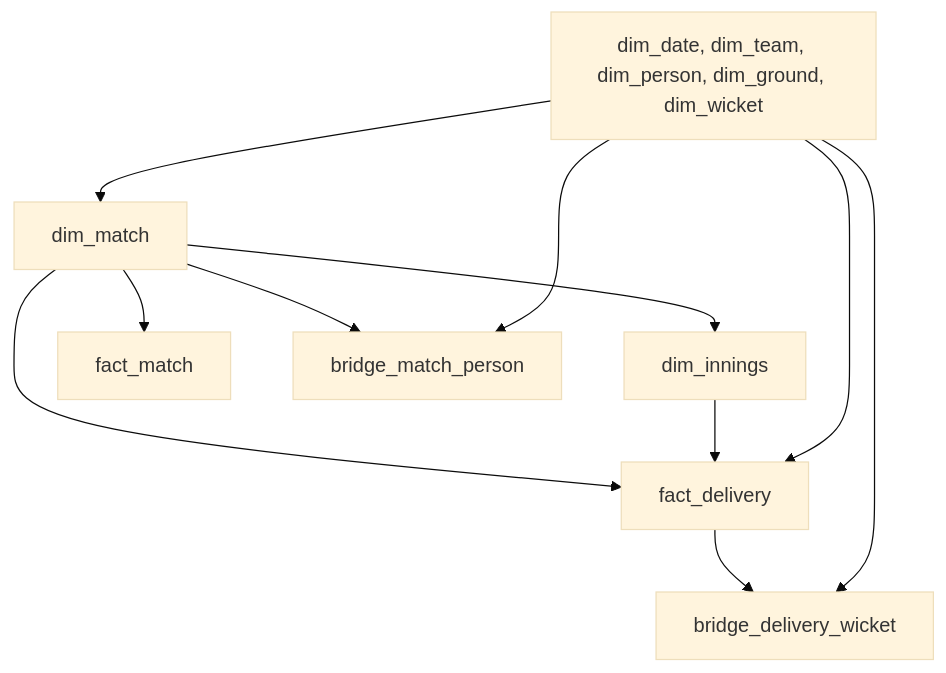
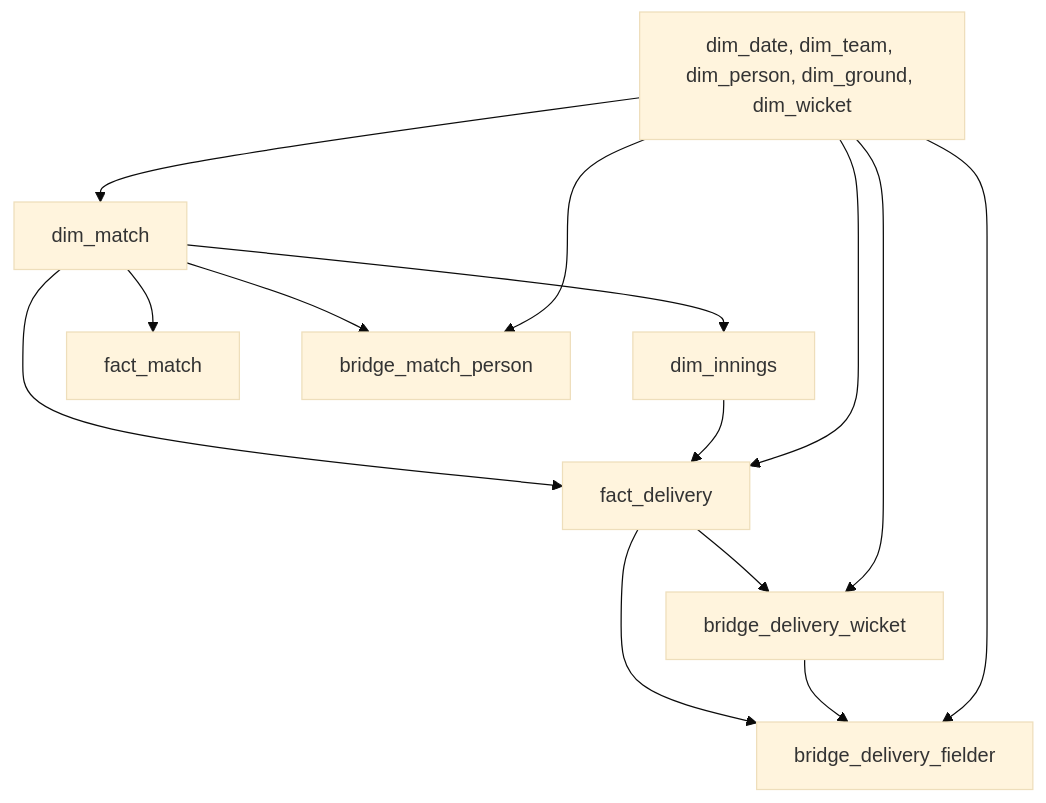
The third of 3 diagrams in docs/architecture/database.md (kevinrjones/acs_ball_by_ball), drawn with Mermaid (base theme) before and after one commit. The commit also changed other lines of this file and 57 other files, not shown here.

````diff
--- a/docs/architecture/database.md
+++ b/docs/architecture/database.md
@@ -418,21 +447,25 @@
 ```mermaid
 flowchart TD
     BASE[dim_date, dim_team, dim_person, dim_ground, dim_wicket]
     MATCH[dim_match]
     INNINGS[dim_innings]
     FACTMATCH[fact_match]
     DELIVERY[fact_delivery]
     ROLES[bridge_match_person]
     WICKETS[bridge_delivery_wicket]
+    FIELDERS[bridge_delivery_fielder]
 
     BASE --> MATCH
     MATCH --> INNINGS
     MATCH --> FACTMATCH
     MATCH --> DELIVERY
     INNINGS --> DELIVERY
     BASE --> DELIVERY
     MATCH --> ROLES
     BASE --> ROLES
     DELIVERY --> WICKETS
     BASE --> WICKETS
+    DELIVERY --> FIELDERS
+    WICKETS --> FIELDERS
+    BASE --> FIELDERS
 ```
````
